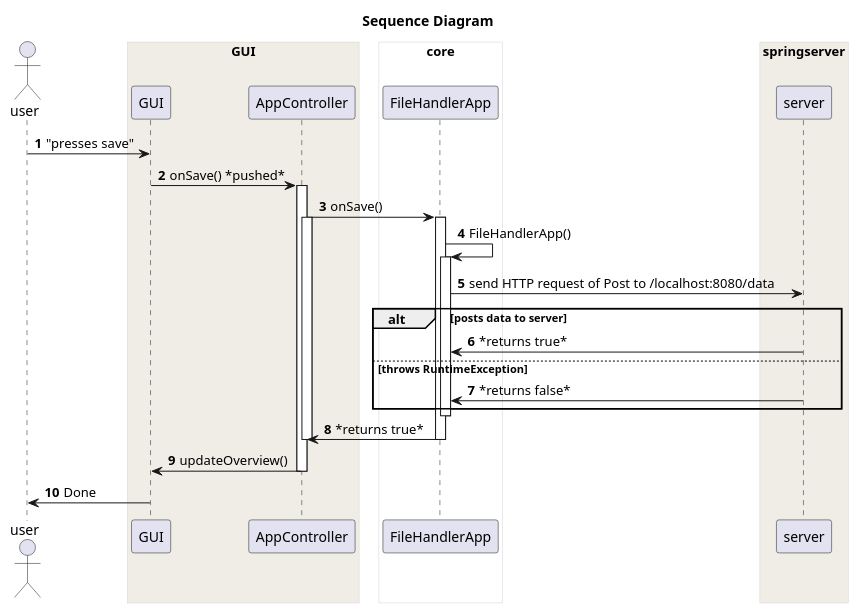
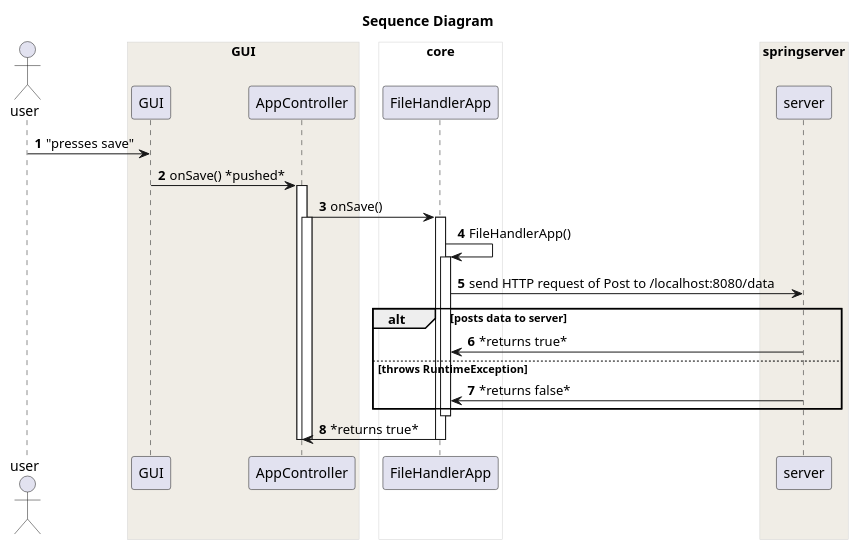
Before and after one commit to sarapedersen/trackCourse: the diagram in trackcourse/sequenceDiagram.puml, drawn with PlantUML.

Commit message:
update sequence diagram

```diff
--- a/trackcourse/sequenceDiagram.puml
+++ b/trackcourse/sequenceDiagram.puml
@@ -1,42 +1,40 @@
 @startuml
 title Sequence Diagram
 
 skinparam Sequence {
 BoxBorderColor #d1d1d1
 }
 
 autonumber
 
 Actor user
 box "GUI" #f0ede6
 user -> GUI : "presses save"
 
 GUI -> AppController : onSave() *pushed*
 activate AppController
 end box
 
 box "core" #ffffff
 AppController -> FileHandlerApp : onSave()
 activate AppController
 activate FileHandlerApp
 FileHandlerApp -> FileHandlerApp : FileHandlerApp()
 activate FileHandlerApp
 end box
 
 box "springserver" #f0ede6
 FileHandlerApp -> server : send HTTP request of Post to /localhost:8080/data 
 alt posts data to server
 server -> FileHandlerApp : *returns true*
 else throws RuntimeException
 server -> FileHandlerApp : *returns false*
 end
 deactivate FileHandlerApp
 end box
 
 FileHandlerApp -> AppController : *returns true*
 deactivate FileHandlerApp
 deactivate AppController
-AppController -> GUI : updateOverview()
 deactivate AppController
-GUI -> user : Done
 @enduml
```
